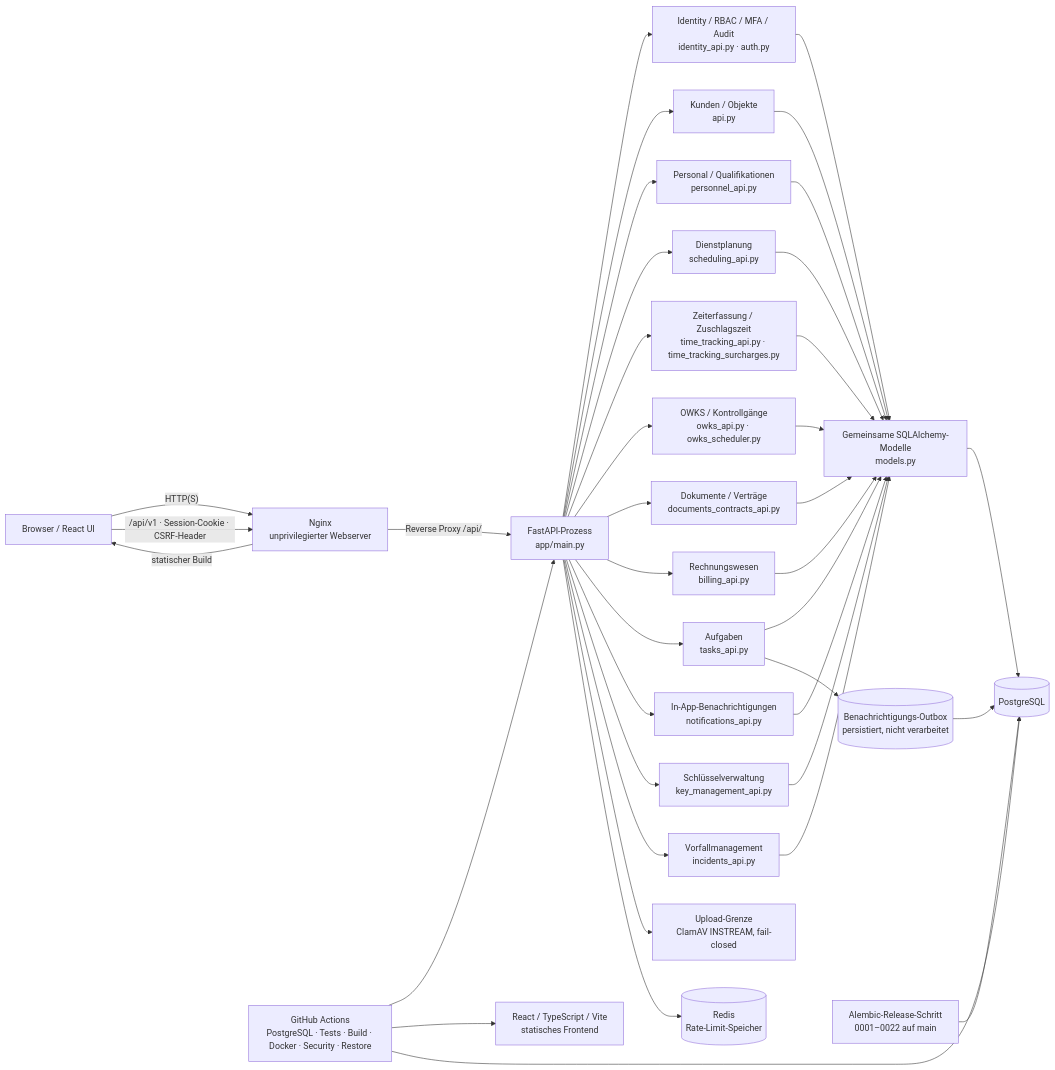
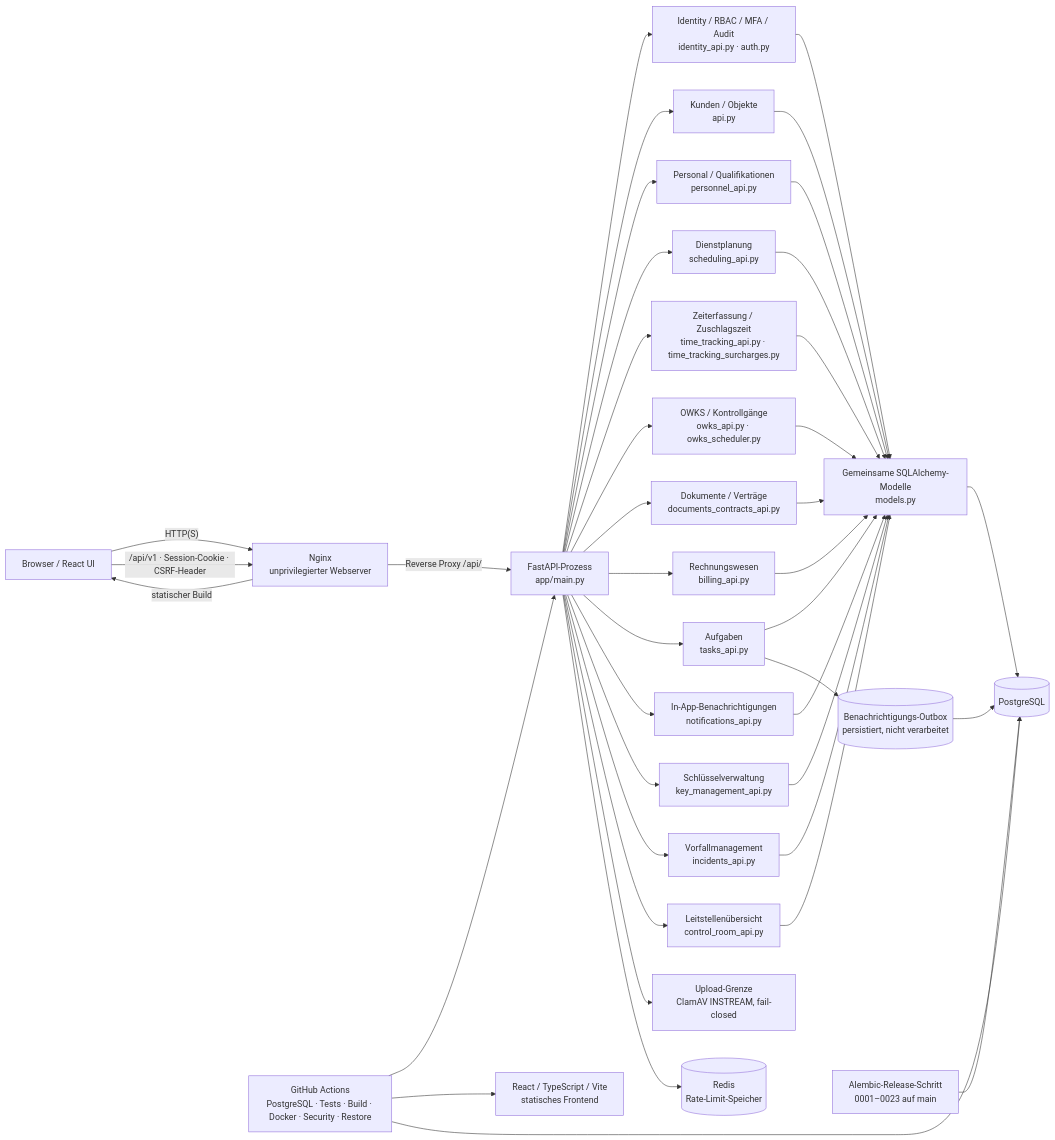
One commit to Debugger-alex/securityops-python changed the diagram in docs/ARCHITECTURE.md. Above: the diagram before and after it, drawn with Mermaid. The commit also changed other lines of this file and 10 other files, not shown here.

Commit message:
docs: synchronize after control room merge

````diff
--- a/docs/ARCHITECTURE.md
+++ b/docs/ARCHITECTURE.md
@@ -7,63 +7,66 @@
 ```mermaid
 flowchart LR
     Browser["Browser / React UI"]
     UI["React / TypeScript / Vite<br/>statisches Frontend"]
     Web["Nginx<br/>unprivilegierter Webserver"]
     API["FastAPI-Prozess<br/>app/main.py"]
     Identity["Identity / RBAC / MFA / Audit<br/>identity_api.py · auth.py"]
     Customer["Kunden / Objekte<br/>api.py"]
     People["Personal / Qualifikationen<br/>personnel_api.py"]
     Scheduling["Dienstplanung<br/>scheduling_api.py"]
     Time["Zeiterfassung / Zuschlagszeit<br/>time_tracking_api.py · time_tracking_surcharges.py"]
     OWKS["OWKS / Kontrollgänge<br/>owks_api.py · owks_scheduler.py"]
     Docs["Dokumente / Verträge<br/>documents_contracts_api.py"]
     Billing["Rechnungswesen<br/>billing_api.py"]
     Tasks["Aufgaben<br/>tasks_api.py"]
     Notifications["In-App-Benachrichtigungen<br/>notifications_api.py"]
     Keys["Schlüsselverwaltung<br/>key_management_api.py"]
     Incidents["Vorfallmanagement<br/>incidents_api.py"]
+    ControlRoom["Leitstellenübersicht<br/>control_room_api.py"]
     Outbox[("Benachrichtigungs-Outbox<br/>persistiert, nicht verarbeitet")]
     Scanner["Upload-Grenze<br/>ClamAV INSTREAM, fail-closed"]
     Models["Gemeinsame SQLAlchemy-Modelle<br/>models.py"]
     DB[("PostgreSQL")]
     Redis[("Redis<br/>Rate-Limit-Speicher")]
-    Migrations["Alembic-Release-Schritt<br/>0001–0022 auf main"]
+    Migrations["Alembic-Release-Schritt<br/>0001–0023 auf main"]
     CI["GitHub Actions<br/>PostgreSQL · Tests · Build · Docker · Security · Restore"]
     Browser -->|"HTTP(S)"| Web
     Web -->|"statischer Build"| Browser
     Browser -->|"/api/v1 · Session-Cookie · CSRF-Header"| Web
     Web -->|"Reverse Proxy /api/"| API
     API --> Identity
     API --> Customer
     API --> People
     API --> Scheduling
     API --> Time
     API --> OWKS
     API --> Docs
     API --> Billing
     API --> Tasks
     API --> Notifications
     API --> Keys
     API --> Incidents
+    API --> ControlRoom
     API --> Scanner
     Identity --> Models
     Customer --> Models
     People --> Models
     Scheduling --> Models
     Time --> Models
     OWKS --> Models
     Docs --> Models
     Billing --> Models
     Tasks --> Models
     Notifications --> Models
     Keys --> Models
     Incidents --> Models
+    ControlRoom --> Models
     Tasks --> Outbox
     Outbox --> DB
     Models --> DB
     API --> Redis
     Migrations --> DB
     CI --> API
     CI --> UI
     CI --> DB
 ```
````
